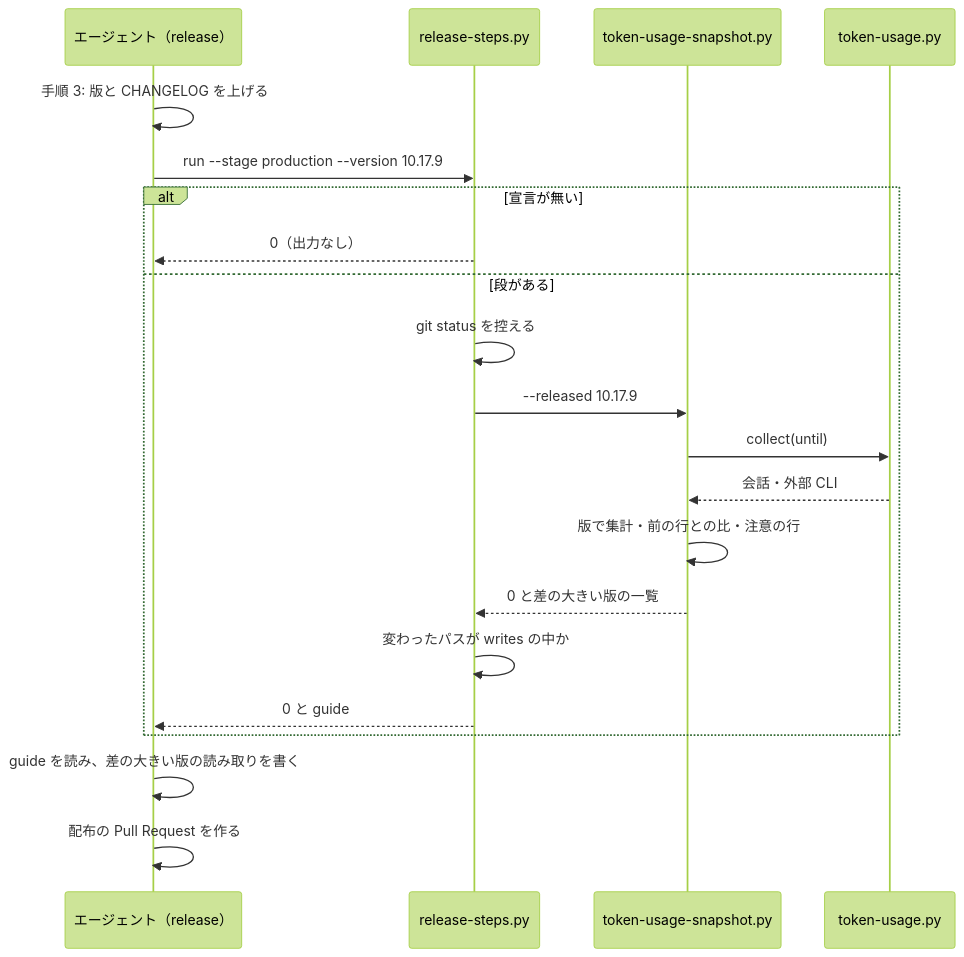
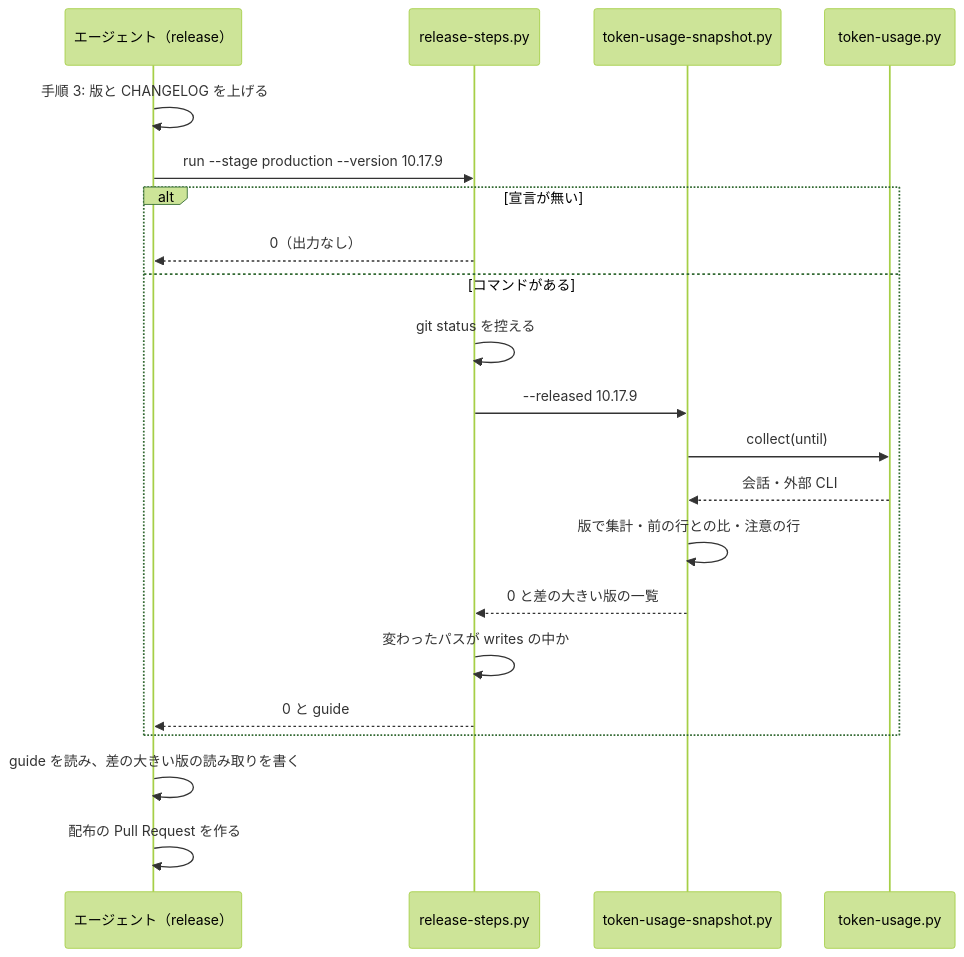
Before and after one commit to devbasex/ai-plugins: the second of 2 diagrams in docs/specifications/ndf-release-steps-and-token-usage-snapshot.md, drawn with Mermaid (forest theme). The commit also changed other lines of this file and 47 other files, not shown here.

````diff
--- a/docs/specifications/ndf-release-steps-and-token-usage-snapshot.md
+++ b/docs/specifications/ndf-release-steps-and-token-usage-snapshot.md
@@ -286,23 +286,23 @@
 ```mermaid
 sequenceDiagram
     participant AG as エージェント（release）
     participant RS as release-steps.py
     participant SN as token-usage-snapshot.py
     participant TU as token-usage.py
     AG->>AG: 手順 3: 版と CHANGELOG を上げる
     AG->>RS: run --stage production --version 10.17.9
     alt 宣言が無い
         RS-->>AG: 0（出力なし）
-    else 段がある
+    else コマンドがある
         RS->>RS: git status を控える
         RS->>SN: --released 10.17.9
         SN->>TU: collect(until)
         TU-->>SN: 会話・外部 CLI
         SN->>SN: 版で集計・前の行との比・注意の行
         SN-->>RS: 0 と差の大きい版の一覧
         RS->>RS: 変わったパスが writes の中か
         RS-->>AG: 0 と guide
     end
     AG->>AG: guide を読み、差の大きい版の読み取りを書く
     AG->>AG: 配布の Pull Request を作る
 ```
````
